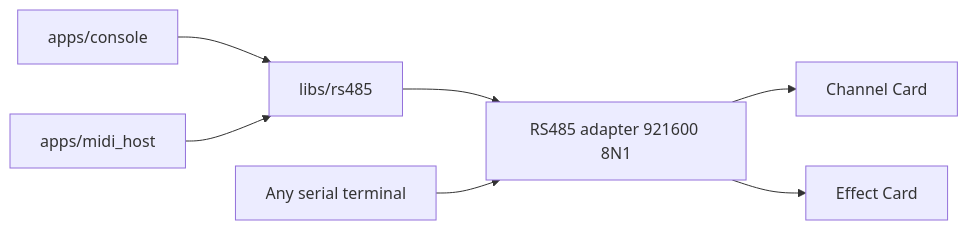
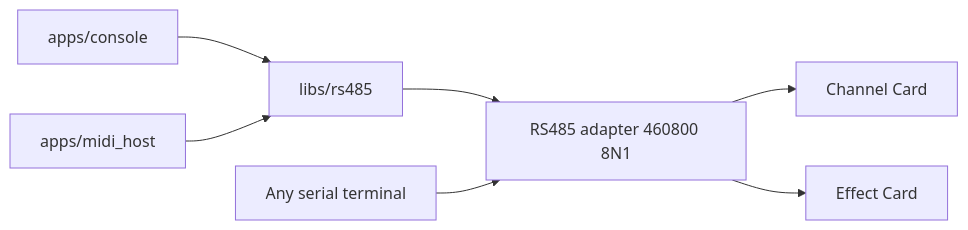
The diagram in docs/rs485_console_architecture.md (narendrabhatt-freshwater/firmware), drawn with Mermaid before and after one commit. The commit also changed other lines of this file and 13 other files, not shown here.

````diff
--- a/docs/rs485_console_architecture.md
+++ b/docs/rs485_console_architecture.md
@@ -20,16 +20,16 @@
 ```mermaid
 flowchart LR
   Term[Any serial terminal]
   Con[apps/console]
   Midi[apps/midi_host]
   Lib[libs/rs485]
-  Bus[RS485 adapter 921600 8N1]
+  Bus[RS485 adapter 460800 8N1]
   CC[Channel Card]
   EC[Effect Card]
   Con --> Lib
   Midi --> Lib
   Lib --> Bus
   Term --> Bus
   Bus --> CC
   Bus --> EC
 ```
````
